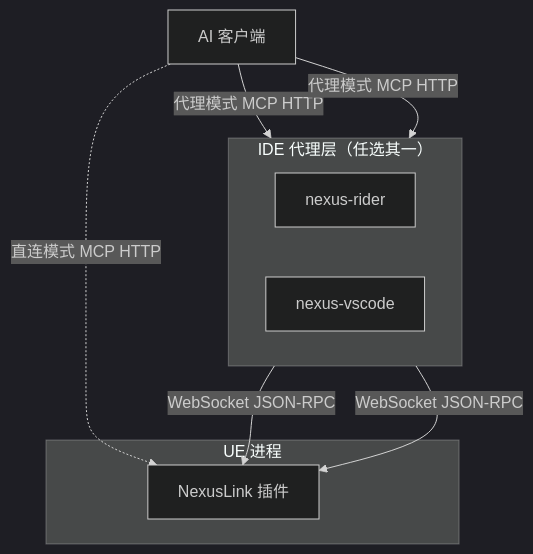
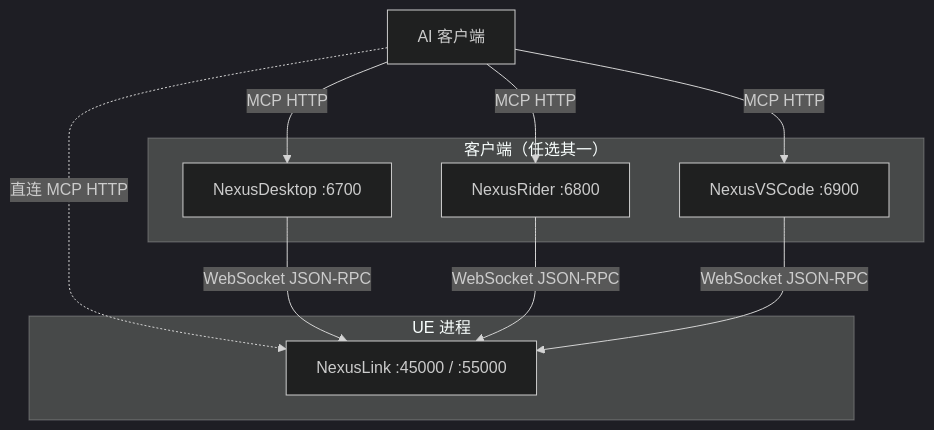
One commit to bytepine/NexusLink changed the diagram in docs/usage-guide.md. Above: the diagram before and after it, drawn with Mermaid (dark theme). The commit also changed other lines of this file and 6 other files, not shown here.

````diff
--- a/docs/usage-guide.md
+++ b/docs/usage-guide.md
@@ -13,20 +9,22 @@
 ```mermaid
 flowchart TB
     AI[AI 客户端]
 
-    subgraph IDE["IDE 代理层（任选其一）"]
-        direction LR
-        Rider[nexus-rider]
-        VSCode[nexus-vscode]
+    subgraph Clients["客户端（任选其一）"]
+        Desktop["NexusDesktop :6700"]
+        Rider["NexusRider :6800"]
+        VSCode["NexusVSCode :6900"]
     end
 
     subgraph UE["UE 进程"]
-        Unreal["NexusLink 插件"]
+        Unreal["NexusLink :45000 / :55000"]
     end
 
-    AI -->|代理模式 MCP HTTP| Rider
-    AI -->|代理模式 MCP HTTP| VSCode
-    AI -.->|直连模式 MCP HTTP| Unreal
+    AI -->|MCP HTTP| Desktop
+    AI -->|MCP HTTP| Rider
+    AI -->|MCP HTTP| VSCode
+    AI -.->|直连 MCP HTTP| Unreal
+    Desktop -->|WebSocket JSON-RPC| Unreal
     Rider -->|WebSocket JSON-RPC| Unreal
     VSCode -->|WebSocket JSON-RPC| Unreal
 ```
````
